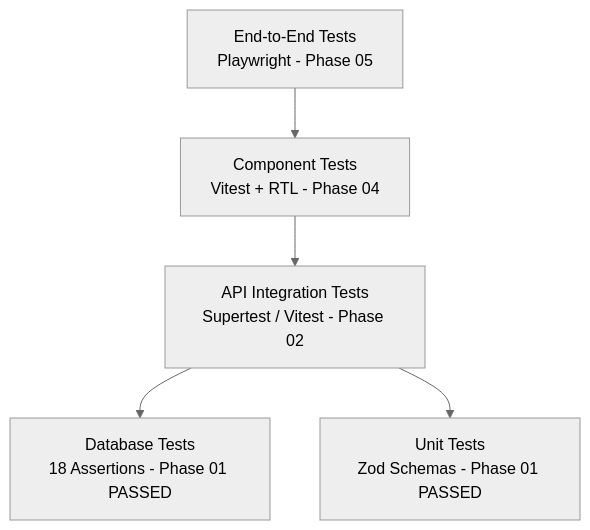
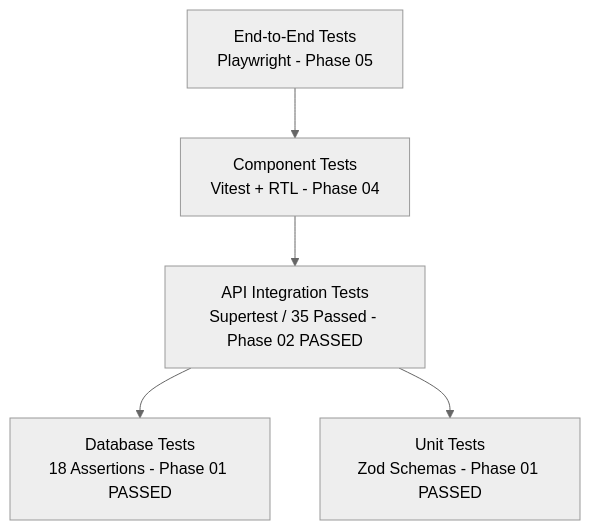
Before and after one commit to ragnarStark79/AnimeManager: the diagram in docs/test-report.md, drawn with Mermaid (neutral theme). The commit also changed other lines of this file and 41 other files, not shown here.

Commit message:
feat: implement Express REST backend and core CRUD integration tests (Phase 02)

````diff
--- a/docs/test-report.md
+++ b/docs/test-report.md
@@ -130,13 +188,13 @@
 ```mermaid
 graph TD
     E2E[End-to-End Tests<br/>Playwright - Phase 05]
     Comp[Component Tests<br/>Vitest + RTL - Phase 04]
-    Int[API Integration Tests<br/>Supertest / Vitest - Phase 02]
+    Int[API Integration Tests<br/>Supertest / 35 Passed - Phase 02 PASSED]
     DB[Database Tests<br/>18 Assertions - Phase 01 PASSED]
     Unit[Unit Tests<br/>Zod Schemas - Phase 01 PASSED]
 
     E2E --> Comp
     Comp --> Int
     Int --> DB
     Int --> Unit
 ```
````
